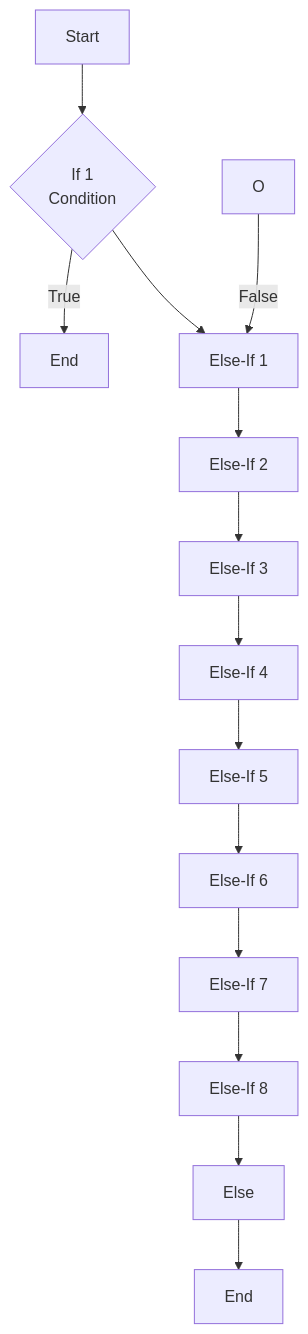
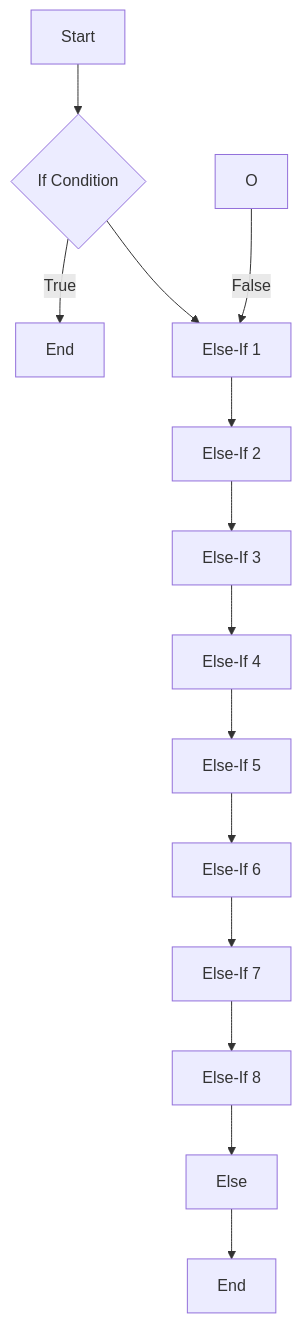
The third of 4 diagrams in daily/2023-05-13.md (Alex-Rafter/wiki), drawn with Mermaid before and after one commit.

````diff
--- a/daily/2023-05-13.md
+++ b/daily/2023-05-13.md
@@ -80,21 +80,19 @@
 ```mermaid
 
 flowchart TD
-A[Start] --> B{"If 1
-Condition
-"}
+A[Start] --> B{"If Condition"}
 B -- True --> BEnd["End"]
 O -- False --> C
 B --> C[Else-If 1]
 C --> D[Else-If 2]
 D --> E[Else-If 3]
 E --> F[Else-If 4]
 F --> G[Else-If 5]
 G --> H[Else-If 6]
 H --> I[Else-If 7]
 I --> J[Else-If 8]
 J --> K[Else]
 K --> L[End]
 
 
 ```
````
